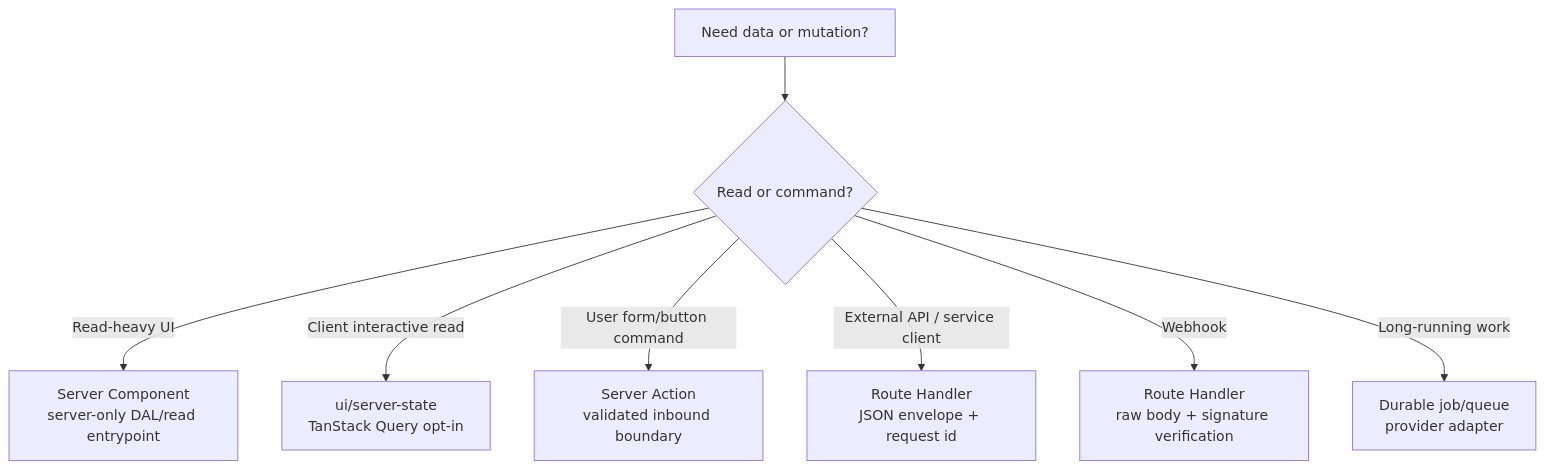
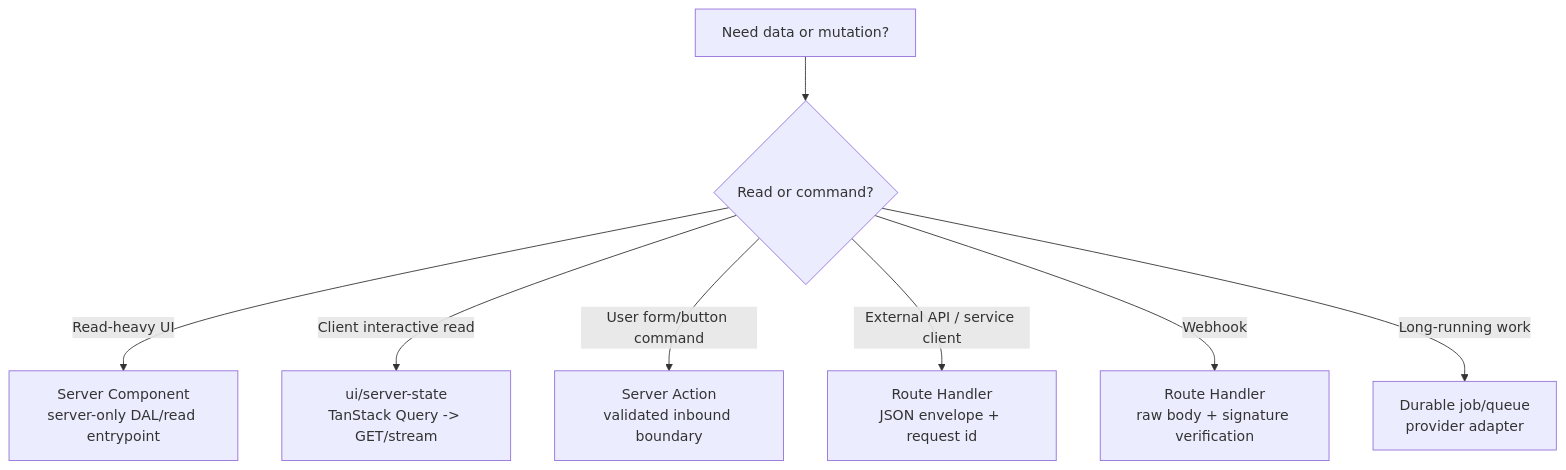
The third of 6 diagrams in docs/architecture-contract.md (clicktronix/nextjs-clean-skills), drawn with Mermaid before and after one commit. The commit also changed other lines of this file and 25 other files, not shown here.

````diff
--- a/docs/architecture-contract.md
+++ b/docs/architecture-contract.md
@@ -126,10 +126,10 @@
 ```mermaid
 flowchart TD
   Need["Need data or mutation?"] --> ReadWrite{"Read or command?"}
   ReadWrite -->|Read-heavy UI| RSC["Server Component\nserver-only DAL/read entrypoint"]
-  ReadWrite -->|Client interactive read| Query["ui/server-state\nTanStack Query opt-in"]
+  ReadWrite -->|Client interactive read| Query["ui/server-state\nTanStack Query -> GET/stream"]
   ReadWrite -->|User form/button command| Action["Server Action\nvalidated inbound boundary"]
   ReadWrite -->|External API / service client| Route["Route Handler\nJSON envelope + request id"]
   ReadWrite -->|Webhook| Webhook["Route Handler\nraw body + signature verification"]
   ReadWrite -->|Long-running work| Queue["Durable job/queue\nprovider adapter"]
 ```
````
